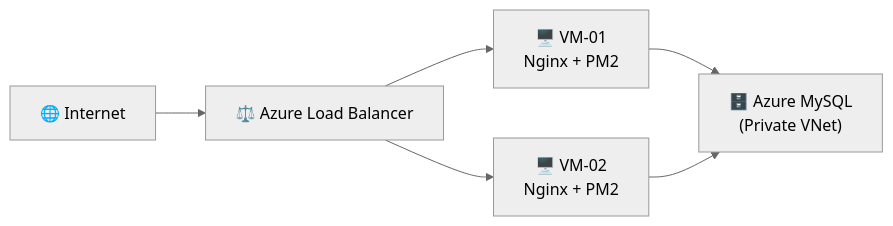
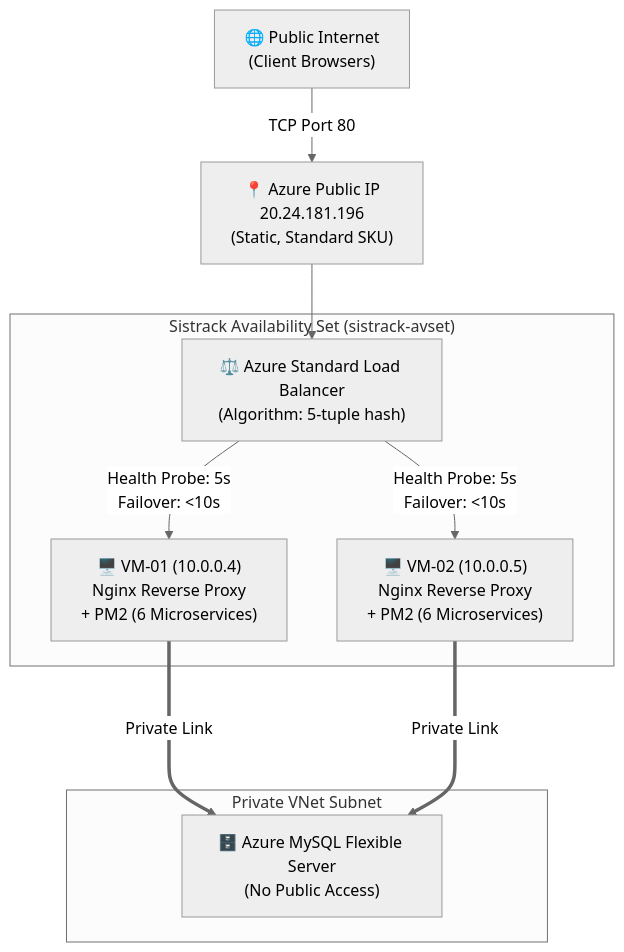
One commit to adamyudhistiramuhtar-byte/SistrackV2 changed the diagram in README.md. Above: the diagram before and after it, drawn with Mermaid (neutral theme). The commit also changed other lines of this file and 1 other file, not shown here.

Commit message:
Enhance README.md and all docs with absolute enterprise-grade architectural depth, IP precision, and chaos engineering scenarios

````diff
--- a/README.md
+++ b/README.md
@@ -223,8 +56,16 @@
 ```mermaid
-graph LR
-    Internet["🌐 Internet"] --> LB["⚖️ Azure Load Balancer"]
-    LB --> VM1["🖥️ VM-01\nNginx + PM2"]
-    LB --> VM2["🖥️ VM-02\nNginx + PM2"]
-    VM1 --> DB["🗄️ Azure MySQL\n(Private VNet)"]
-    VM2 --> DB
+graph TD
+    Internet["🌐 Public Internet\n(Client Browsers)"] -->|TCP Port 80| LB_PIP["📍 Azure Public IP\n20.24.181.196\n(Static, Standard SKU)"]
+    
+    LB_PIP --> LB["⚖️ Azure Standard Load Balancer\n(Algorithm: 5-tuple hash)"]
+    
+    subgraph "Sistrack Availability Set (sistrack-avset)"
+        LB -->|"Health Probe: 5s\nFailover: <10s"| VM1["🖥️ VM-01 (10.0.0.4)\nNginx Reverse Proxy\n+ PM2 (6 Microservices)"]
+        LB -->|"Health Probe: 5s\nFailover: <10s"| VM2["🖥️ VM-02 (10.0.0.5)\nNginx Reverse Proxy\n+ PM2 (6 Microservices)"]
+    end
+    
+    subgraph "Private VNet Subnet"
+        VM1 ===>|Private Link| DB["🗄️ Azure MySQL Flexible Server\n(No Public Access)"]
+        VM2 ===>|Private Link| DB
+    end
 ```
````
